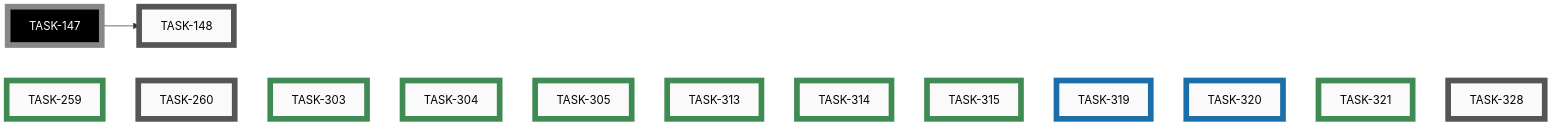
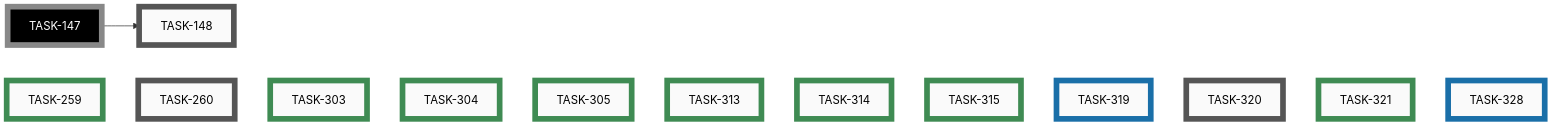
One commit to tgd1975/AwesomeStudioPedal changed the eighth of 8 diagrams in docs/developers/tasks/EPICS.md. Above: the diagram before and after it, drawn with Mermaid. The commit also changed other lines of this file and 5 other files, not shown here.

````diff
--- a/docs/developers/tasks/EPICS.md
+++ b/docs/developers/tasks/EPICS.md
@@ -288,40 +288,40 @@
 ```mermaid
 graph LR
     TASK_148["TASK-148"]:::open
     TASK_260["TASK-260"]:::open
-    TASK_328["TASK-328"]:::open
+    TASK_320["TASK-320"]:::open
     TASK_319["TASK-319"]:::active
-    TASK_320["TASK-320"]:::active
+    TASK_328["TASK-328"]:::active
     TASK_259["TASK-259"]:::closed
     TASK_303["TASK-303"]:::closed
     TASK_304["TASK-304"]:::closed
     TASK_305["TASK-305"]:::closed
     TASK_313["TASK-313"]:::closed
     TASK_314["TASK-314"]:::closed
     TASK_315["TASK-315"]:::closed
     TASK_321["TASK-321"]:::closed
     TASK_147["TASK-147"]:::openExt
     TASK_147 --> TASK_148
     TASK_259 ~~~ TASK_260 ~~~ TASK_303 ~~~ TASK_304 ~~~ TASK_305 ~~~ TASK_313 ~~~ TASK_314 ~~~ TASK_315 ~~~ TASK_319 ~~~ TASK_320 ~~~ TASK_321 ~~~ TASK_328
     click TASK_148 "open/task-148-reorganise-developer-documentation.md"
     click TASK_260 "open/task-260-unify-version-numbers-across-deliverables.md"
-    click TASK_328 "open/task-328-prevent-parallel-housekeep-execution.md"
+    click TASK_320 "open/task-320-remove-ble-flag-precommit-check.md"
     click TASK_319 "active/task-319-remove-wireviz-precommit-block.md"
-    click TASK_320 "active/task-320-remove-ble-flag-precommit-check.md"
+    click TASK_328 "active/task-328-prevent-parallel-housekeep-execution.md"
     click TASK_259 "closed/task-259-android-app-test-protocol.md"
     click TASK_303 "closed/task-303-simulator-boots-with-demo-loaded.md"
     click TASK_304 "closed/task-304-simulator-button-no-hover-reaction.md"
     click TASK_305 "closed/task-305-add-category-field-to-ideas.md"
     click TASK_313 "closed/task-313-emoji-icons-for-idea-categories.md"
     click TASK_314 "closed/task-314-nbsp-between-icon-and-category.md"
     click TASK_315 "closed/task-315-idea-sub-file-naming-convention.md"
     click TASK_321 "closed/task-321-fix-ci-failures-mermaid-clang-tidy.md"
     classDef open    fill:#FAFAFA,stroke:#555,stroke-width:8px,color:#000
     classDef active  fill:#FAFAFA,stroke:#1A6FA8,stroke-width:8px,color:#000
     classDef closed  fill:#FAFAFA,stroke:#3F8B53,stroke-width:8px,color:#000
     classDef paused  fill:#FAFAFA,stroke:#B07810,stroke-width:8px,color:#000
     classDef openExt    fill:#000,stroke:#888,stroke-width:8px,color:#FFF
     classDef activeExt  fill:#000,stroke:#3FA9F5,stroke-width:8px,color:#FFF
     classDef closedExt  fill:#000,stroke:#7CC68A,stroke-width:8px,color:#FFF
     classDef pausedExt  fill:#000,stroke:#F0B030,stroke-width:8px,color:#FFF
 ```
````
